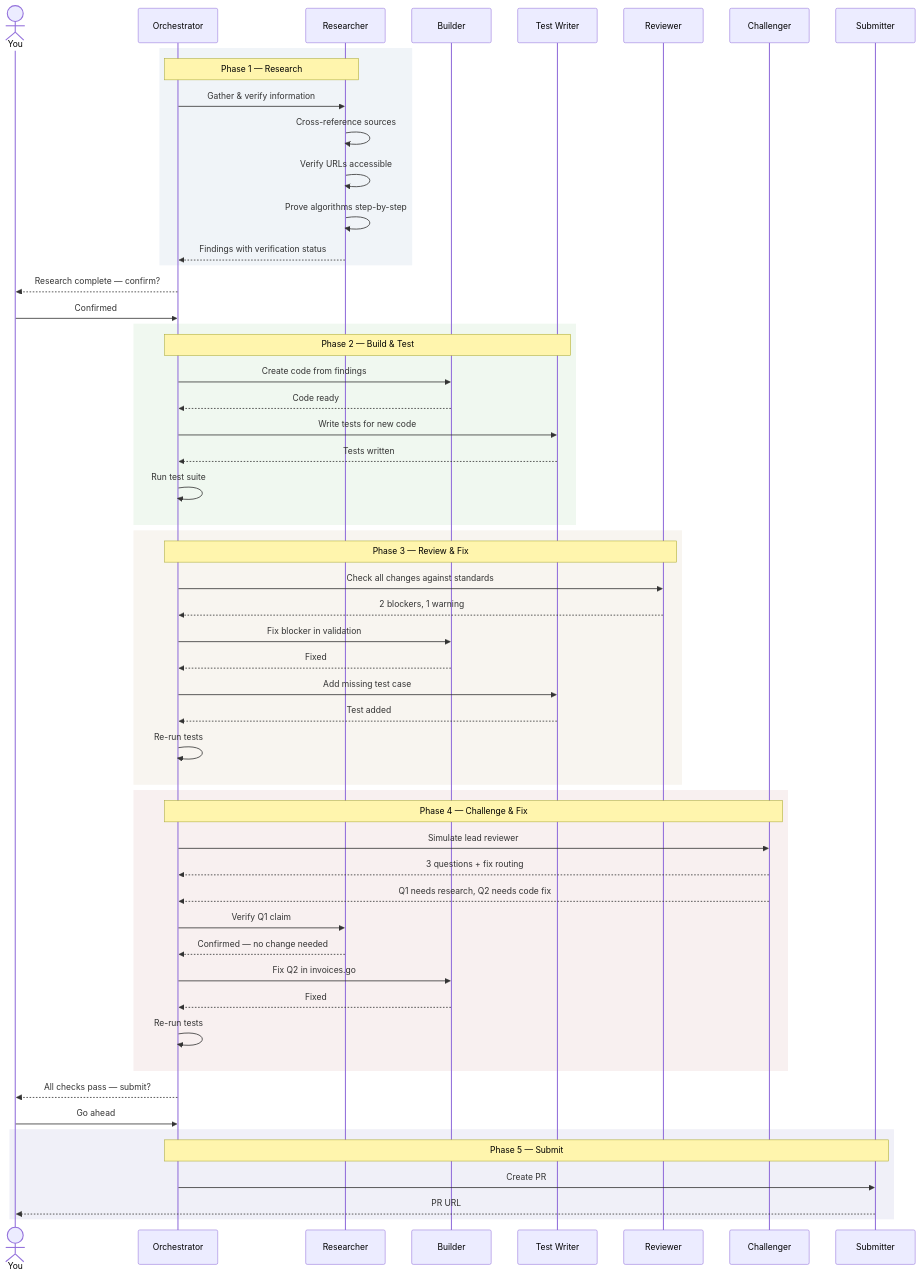
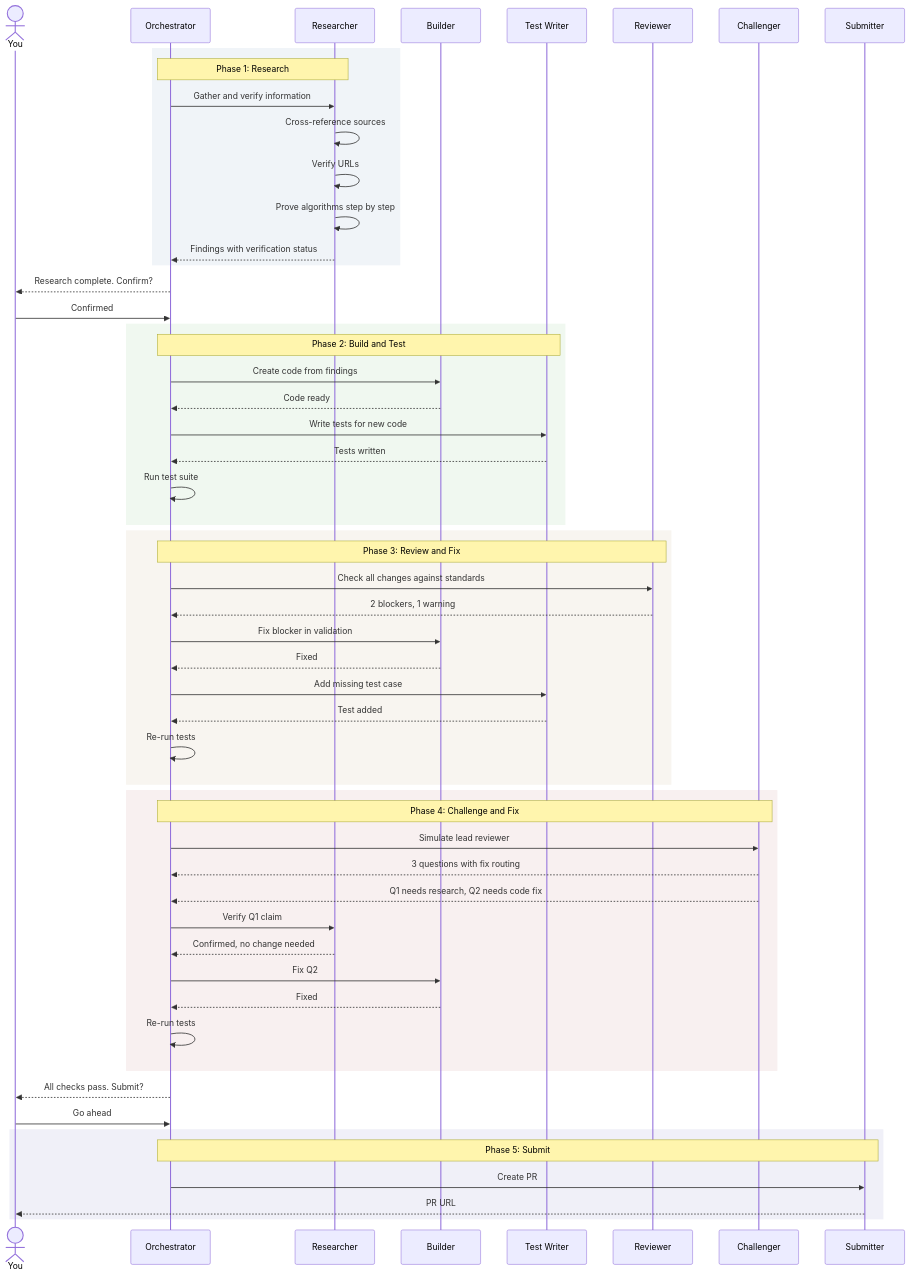
One commit to pablocaeg/claude-forge changed the third of 3 diagrams in README.md. Above: the diagram before and after it, drawn with Mermaid. The commit also changed other lines of this file, not shown here.

````diff
--- a/README.md
+++ b/README.md
@@ -182,64 +182,64 @@
 ```mermaid
 sequenceDiagram
     actor You
     participant O as Orchestrator
     participant R as Researcher
     participant B as Builder
     participant T as Test Writer
     participant V as Reviewer
     participant C as Challenger
     participant S as Submitter
 
     rect rgb(240, 244, 248)
-        Note over O,R: Phase 1 — Research
-        O->>R: Gather & verify information
+        Note over O,R: Phase 1: Research
+        O->>R: Gather and verify information
         R->>R: Cross-reference sources
-        R->>R: Verify URLs accessible
-        R->>R: Prove algorithms step-by-step
+        R->>R: Verify URLs
+        R->>R: Prove algorithms step by step
         R-->>O: Findings with verification status
     end
 
-    O-->>You: Research complete — confirm?
+    O-->>You: Research complete. Confirm?
     You->>O: Confirmed
 
     rect rgb(240, 248, 240)
-        Note over O,T: Phase 2 — Build & Test
+        Note over O,T: Phase 2: Build and Test
         O->>B: Create code from findings
         B-->>O: Code ready
         O->>T: Write tests for new code
         T-->>O: Tests written
         O->>O: Run test suite
     end
 
     rect rgb(248, 245, 240)
-        Note over O,V: Phase 3 — Review & Fix
+        Note over O,V: Phase 3: Review and Fix
         O->>V: Check all changes against standards
         V-->>O: 2 blockers, 1 warning
         O->>B: Fix blocker in validation
         B-->>O: Fixed
         O->>T: Add missing test case
         T-->>O: Test added
         O->>O: Re-run tests
     end
 
     rect rgb(248, 240, 240)
-        Note over O,C: Phase 4 — Challenge & Fix
+        Note over O,C: Phase 4: Challenge and Fix
         O->>C: Simulate lead reviewer
-        C-->>O: 3 questions + fix routing
+        C-->>O: 3 questions with fix routing
         C-->>O: Q1 needs research, Q2 needs code fix
         O->>R: Verify Q1 claim
-        R-->>O: Confirmed — no change needed
-        O->>B: Fix Q2 in invoices.go
+        R-->>O: Confirmed, no change needed
+        O->>B: Fix Q2
         B-->>O: Fixed
         O->>O: Re-run tests
     end
 
-    O-->>You: All checks pass — submit?
+    O-->>You: All checks pass. Submit?
     You->>O: Go ahead
 
     rect rgb(240, 240, 248)
-        Note over O,S: Phase 5 — Submit
+        Note over O,S: Phase 5: Submit
         O->>S: Create PR
         S-->>You: PR URL
     end
 ```
````
